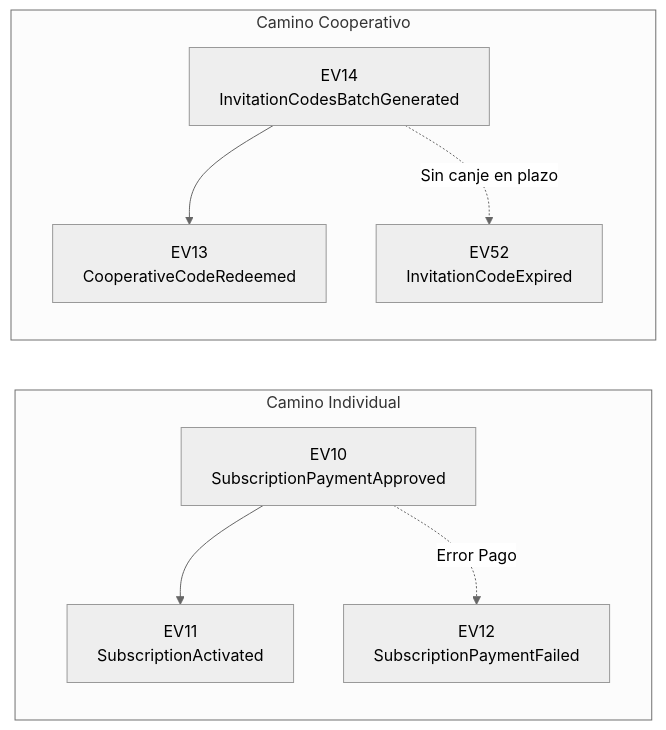
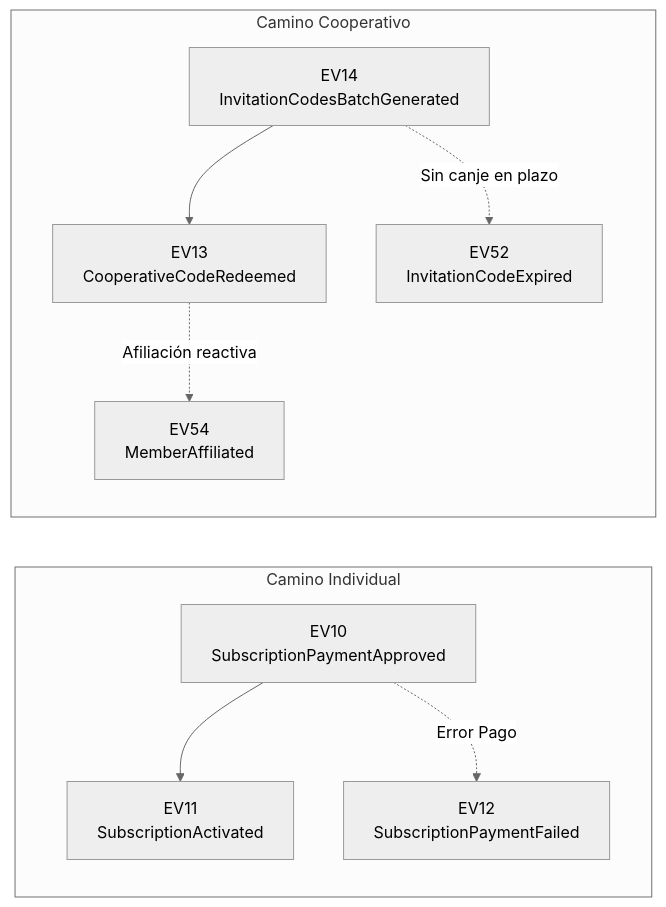
The third of 10 diagrams in docs/event-storming/Paso2_timelines.md (upc-pre-1acc0238-2620-4951-arcadiadevs/viora-report), drawn with Mermaid (neutral theme) before and after one commit. The commit also changed other lines of this file, not shown here.

First line of the commit message:
fix(event-storming): register ev53 and ev54 in the timeline catalog

````diff
--- a/docs/event-storming/Paso2_timelines.md
+++ b/docs/event-storming/Paso2_timelines.md
@@ -83,12 +83,13 @@
 ```mermaid
 graph LR
     subgraph Camino Individual
         EV10["EV10<br/>SubscriptionPaymentApproved"] --> EV11["EV11<br/>SubscriptionActivated"]
         EV10 -. Error Pago .-> EV12["EV12<br/>SubscriptionPaymentFailed"]
     end
     
     subgraph Camino Cooperativo
         EV14["EV14<br/>InvitationCodesBatchGenerated"] --> EV13["EV13<br/>CooperativeCodeRedeemed"]
         EV14 -. Sin canje en plazo .-> EV52["EV52<br/>InvitationCodeExpired"]
+        EV13 -. Afiliación reactiva .-> EV54["EV54<br/>MemberAffiliated"]
     end
 ```
````
